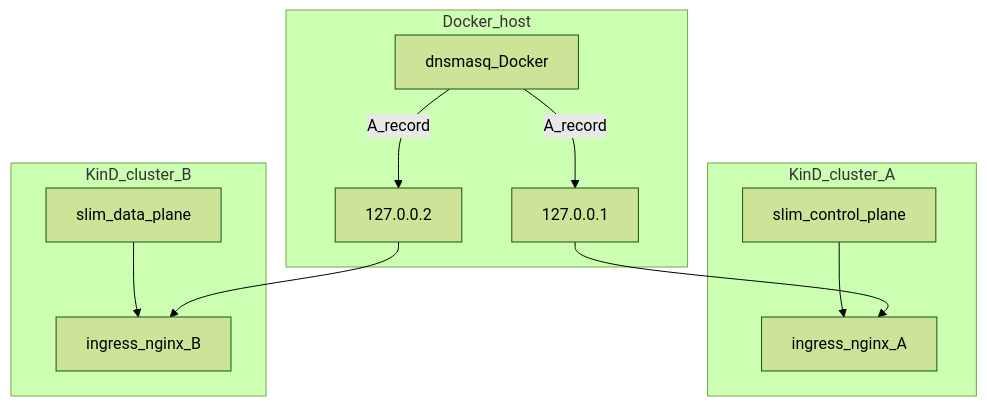
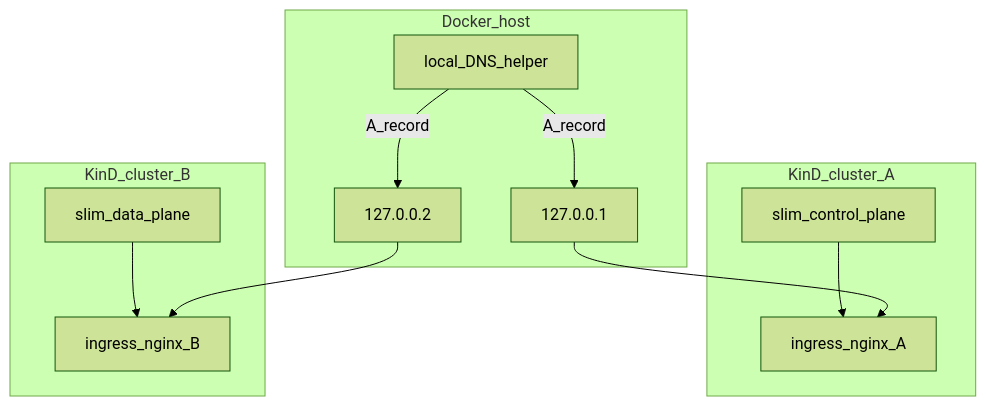
The diagram in docs/plans/multi-cluster-slim-test-infrastructure.plan.md (agntcy/csit), drawn with Mermaid (forest theme) before and after one commit. The commit also changed other lines of this file and 9 other files, not shown here.

Commit message:
refactor(kind-slim-multi-host): drop dnsmasq naming for local DNS helper

````diff
--- a/docs/plans/multi-cluster-slim-test-infrastructure.plan.md
+++ b/docs/plans/multi-cluster-slim-test-infrastructure.plan.md
@@ -35,22 +35,22 @@
 ```mermaid
 flowchart TB
   subgraph host [Docker_host]
-    dns[dnsmasq_Docker]
+    dns[local_DNS_helper]
     lo1[127.0.0.1]
     lo2[127.0.0.2]
   end
   subgraph clusterA [KinD_cluster_A]
     ctrl[slim_control_plane]
     ingA[ingress_nginx_A]
     ctrl --> ingA
   end
   subgraph clusterB [KinD_cluster_B]
     slimB[slim_data_plane]
     ingB[ingress_nginx_B]
     slimB --> ingB
   end
   dns -->|"A_record"| lo1
   dns -->|"A_record"| lo2
   lo1 --> ingA
   lo2 --> ingB
 ```
````
